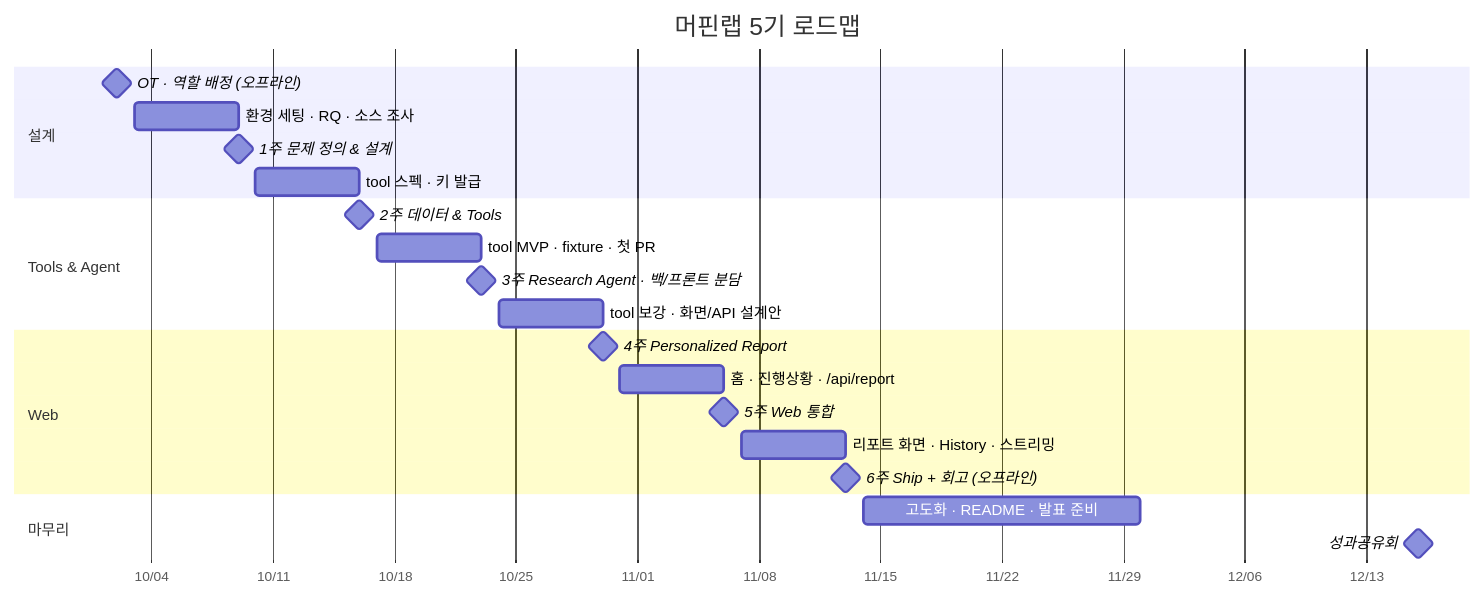
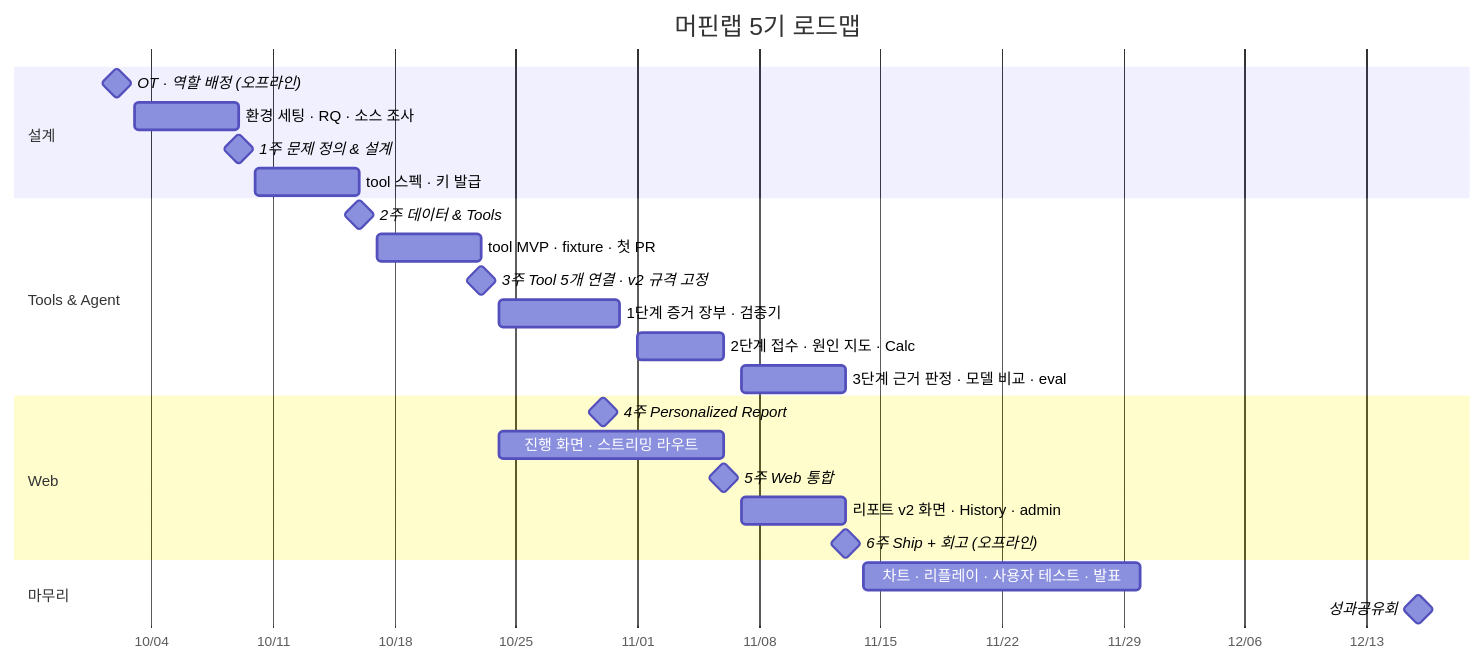
The third of 3 diagrams in README.md (muffin-lab-it/muffin), drawn with Mermaid before and after one commit. The commit also changed other lines of this file, not shown here.

````diff
--- a/README.md
+++ b/README.md
@@ -524,29 +726,31 @@
 ```mermaid
 gantt
     title 머핀랩 5기 로드맵
     dateFormat  YYYY-MM-DD
     axisFormat  %m/%d
 
     section 설계
     OT · 역할 배정 (오프라인)        :milestone, ot, 2026-10-02, 0d
     환경 세팅 · RQ · 소스 조사         :a1, 2026-10-03, 2026-10-09
     1주 문제 정의 & 설계              :milestone, w1, 2026-10-09, 0d
     tool 스펙 · 키 발급               :a2, 2026-10-10, 2026-10-16
 
     section Tools & Agent
     2주 데이터 & Tools                :milestone, w2, 2026-10-16, 0d
     tool MVP · fixture · 첫 PR         :b1, 2026-10-17, 2026-10-23
-    3주 Research Agent · 백/프론트 분담 :milestone, w3, 2026-10-23, 0d
-    tool 보강 · 화면/API 설계안         :b2, 2026-10-24, 2026-10-30
+    3주 Tool 5개 연결 · v2 규격 고정    :milestone, w3, 2026-10-23, 0d
+    1단계 증거 장부 · 검증기            :b2, 2026-10-24, 2026-10-31
+    2단계 접수 · 원인 지도 · Calc       :b3, 2026-11-01, 2026-11-06
+    3단계 근거 판정 · 모델 비교 · eval  :b4, 2026-11-07, 2026-11-13
 
     section Web
     4주 Personalized Report           :milestone, w4, 2026-10-30, 0d
-    홈 · 진행상황 · /api/report        :c1, 2026-10-31, 2026-11-06
+    진행 화면 · 스트리밍 라우트          :c1, 2026-10-24, 2026-11-06
     5주 Web 통합                      :milestone, w5, 2026-11-06, 0d
-    리포트 화면 · History · 스트리밍    :c2, 2026-11-07, 2026-11-13
+    리포트 v2 화면 · History · admin    :c2, 2026-11-07, 2026-11-13
     6주 Ship + 회고 (오프라인)         :milestone, w6, 2026-11-13, 0d
 
     section 마무리
-    고도화 · README · 발표 준비         :d1, 2026-11-14, 2026-11-30
+    차트 · 리플레이 · 사용자 테스트 · 발표 :d1, 2026-11-14, 2026-11-30
     성과공유회                        :milestone, demo, 2026-12-16, 0d
 ```
````
